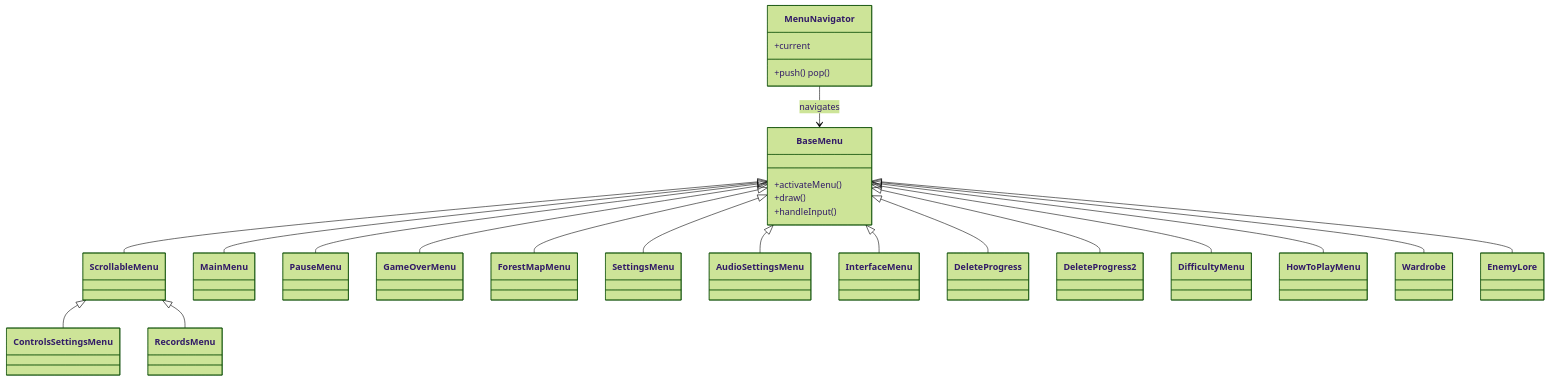
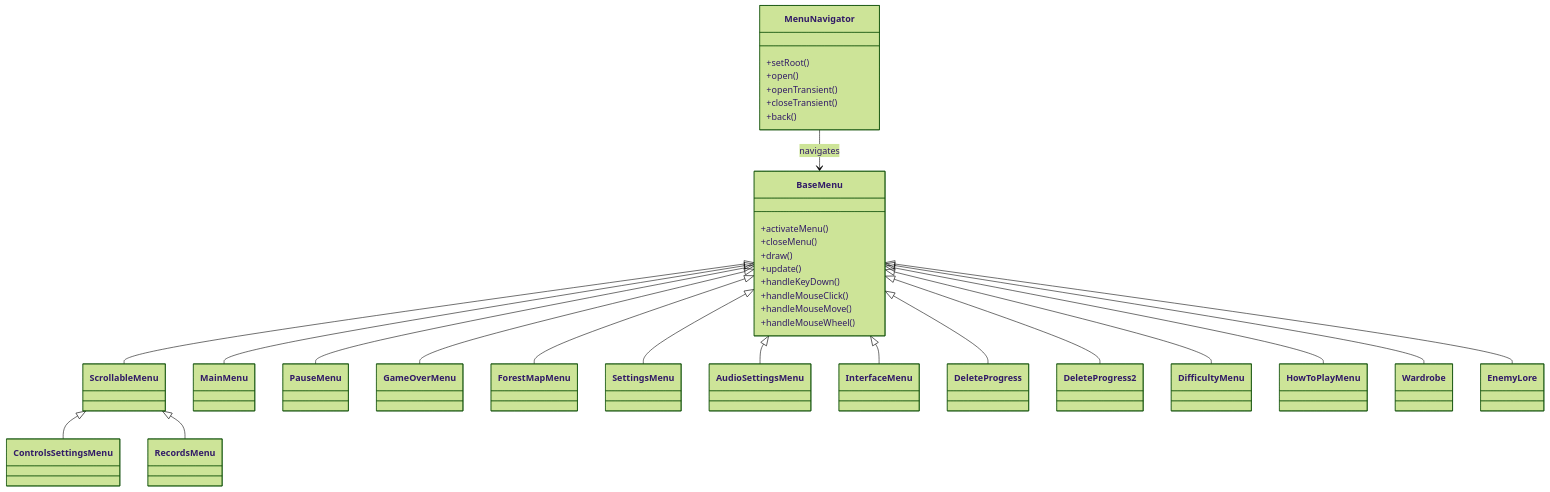
One commit to danialjivraj/firedog changed the sixth of 11 diagrams in ARCHITECTURE.md. Above: the diagram before and after it, drawn with Mermaid (forest theme). The commit also changed other lines of this file, not shown here.

Commit message:
updating architecture

````diff
--- a/ARCHITECTURE.md
+++ b/ARCHITECTURE.md
@@ -200,34 +243,42 @@
 ```mermaid
 classDiagram
     class BaseMenu {
         +activateMenu()
+        +closeMenu()
         +draw()
-        +handleInput()
+        +update()
+        +handleKeyDown()
+        +handleMouseClick()
+        +handleMouseMove()
+        +handleMouseWheel()
     }
     class ScrollableMenu
     class MenuNavigator {
-        +push() pop()
-        +current
+        +setRoot()
+        +open()
+        +openTransient()
+        +closeTransient()
+        +back()
     }
 
     BaseMenu <|-- ScrollableMenu
 
     BaseMenu <|-- MainMenu
     BaseMenu <|-- PauseMenu
     BaseMenu <|-- GameOverMenu
     BaseMenu <|-- ForestMapMenu
     BaseMenu <|-- SettingsMenu
     BaseMenu <|-- AudioSettingsMenu
     BaseMenu <|-- InterfaceMenu
     BaseMenu <|-- DeleteProgress
     BaseMenu <|-- DeleteProgress2
     BaseMenu <|-- DifficultyMenu
     BaseMenu <|-- HowToPlayMenu
     BaseMenu <|-- Wardrobe
     BaseMenu <|-- EnemyLore
 
     ScrollableMenu <|-- ControlsSettingsMenu
     ScrollableMenu <|-- RecordsMenu
 
     MenuNavigator --> BaseMenu : navigates
 ```
````
